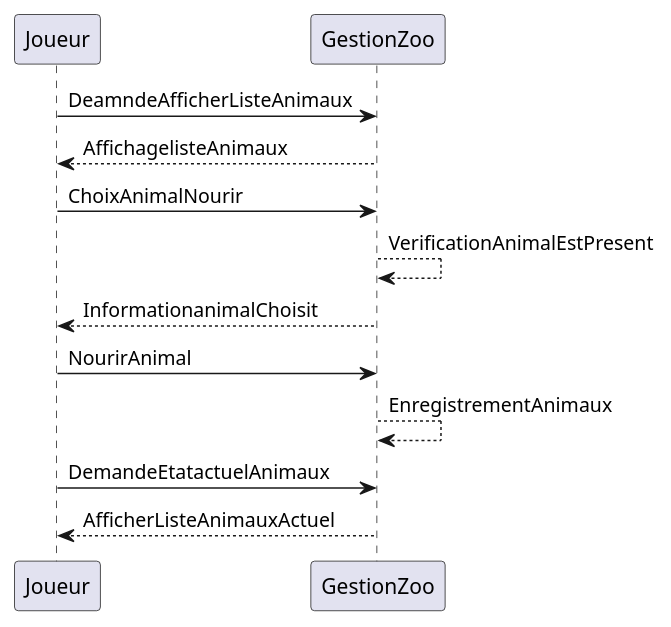
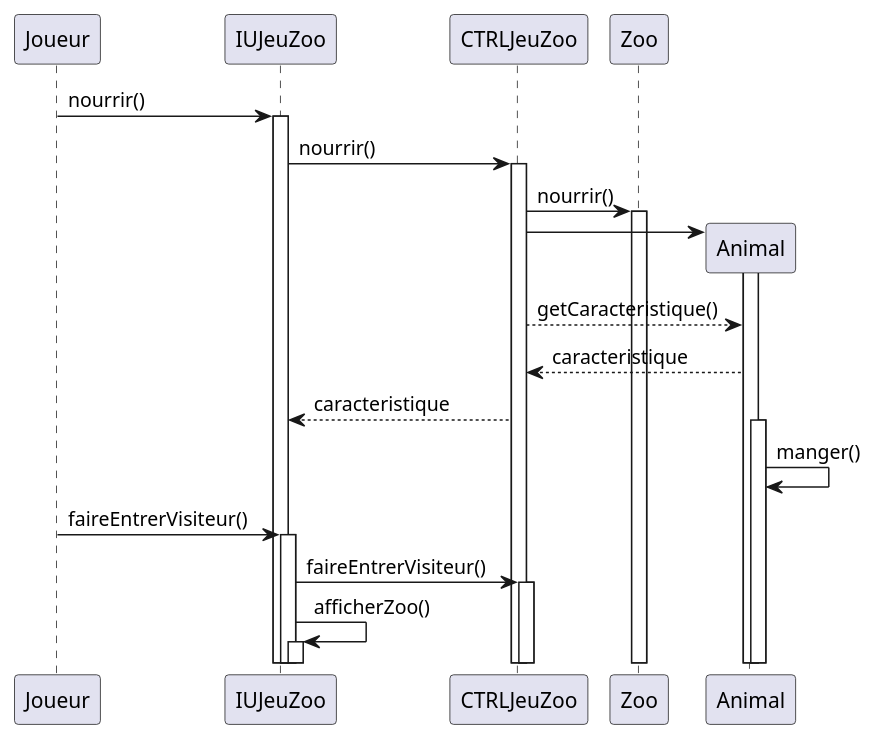
The diagram in DigrameSequence.md (Idricealy/JeuZoo), drawn with PlantUML before and after one commit. The commit also changed 1 other file, not shown here.

Commit message:
modification DS et DUC, ajout d'un nouveau UC, modification total du DS

```diff
--- a/DigrameSequence.md
+++ b/DigrameSequence.md
@@ -1,21 +1,33 @@
 @startuml
 
+Joueur -> IUJeuZoo : nourrir()
+activate IUJeuZoo
+
+IUJeuZoo -> CTRLJeuZoo : nourrir()
+activate CTRLJeuZoo
+CTRLJeuZoo -> Zoo : nourrir()
+activate Zoo
+create Animal
+CTRLJeuZoo -> Animal
+activate Animal
+CTRLJeuZoo --> Animal : getCaracteristique()
+Animal --> CTRLJeuZoo : caracteristique
+CTRLJeuZoo --> IUJeuZoo : caracteristique
 
 
+activate Animal
+Animal -> Animal : manger()
 
-  Joueur -> GestionZoo : DeamndeAfficherListeAnimaux
-  GestionZoo -->  Joueur : AffichagelisteAnimaux
-  Joueur -> GestionZoo : ChoixAnimalNourir
-   GestionZoo -->   GestionZoo : VerificationAnimalEstPresent
-   GestionZoo -->  Joueur : InformationanimalChoisit
-   Joueur -> GestionZoo : NourirAnimal
-   GestionZoo -->  GestionZoo : EnregistrementAnimaux
-   Joueur -> GestionZoo : DemandeEtatactuelAnimaux
-    GestionZoo -->  Joueur : AfficherListeAnimauxActuel
-  
-  
-  
-  
+
+Joueur -> IUJeuZoo : faireEntrerVisiteur()
+activate IUJeuZoo
+
+IUJeuZoo -> CTRLJeuZoo : faireEntrerVisiteur()
+activate CTRLJeuZoo 
+
+
+IUJeuZoo -> IUJeuZoo : afficherZoo()
+activate IUJeuZoo
 
 
 @enduml
```
